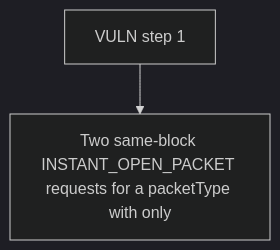
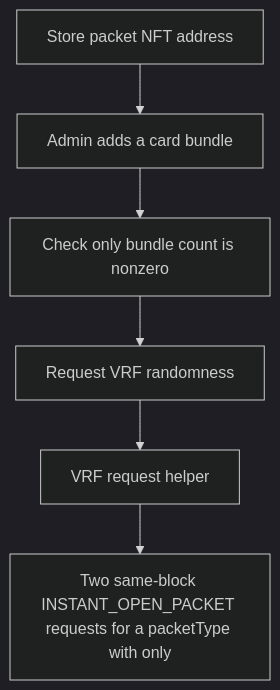
Before and after one commit to sanbir/evm-hack-registry: the diagram in 62539-h-02-insufficient-restrictions-in-instantopenpacket-risk-dos_exp/62539-h-02-insufficient-restrictions-in-instantopenpacket-risk-dos_exp.md, drawn with Mermaid (dark theme). The commit also changed other lines of this file and 79 other files, not shown here.

````diff
--- a/62539-h-02-insufficient-restrictions-in-instantopenpacket-risk-dos_exp/62539-h-02-insufficient-restrictions-in-instantopenpacket-risk-dos_exp.md
+++ b/62539-h-02-insufficient-restrictions-in-instantopenpacket-risk-dos_exp/62539-h-02-insufficient-restrictions-in-instantopenpacket-risk-dos_exp.md
@@ -28,6 +28,14 @@
 ```mermaid
 flowchart TD
-  S0["VULN step 1"]
+  S0["Store packet NFT address"]
+  S1["Admin adds a card bundle"]
+  S2["Check only bundle count is nonzero"]
+  S3["Request VRF randomness"]
+  S4["VRF request helper"]
   H["Two same-block INSTANT_OPEN_PACKET requests for a packetType with only"]
-  S0 --> H
+  S0 --> S1
+  S1 --> S2
+  S2 --> S3
+  S3 --> S4
+  S4 --> H
 ```
````
